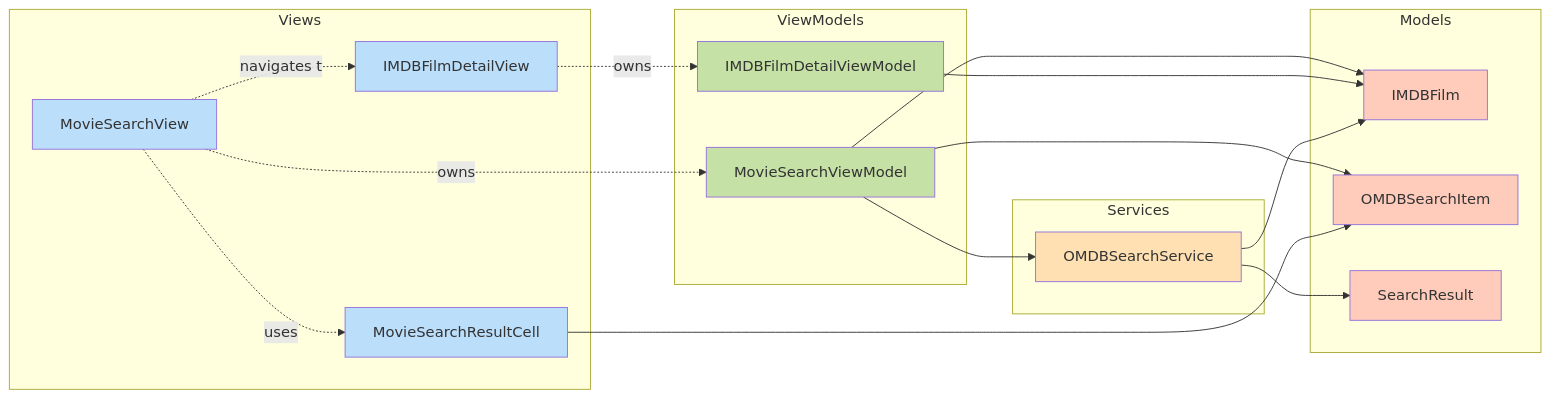
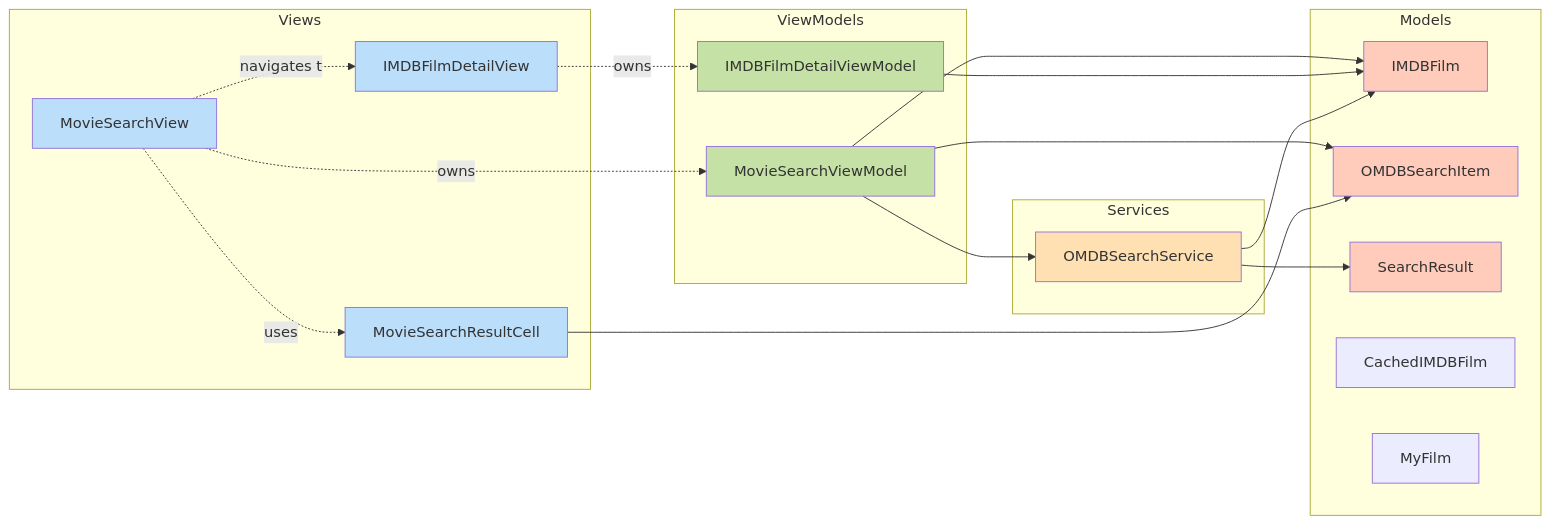
The third of 11 diagrams in docs/ARCHITECTURE.md (tillg/filmz2), drawn with Mermaid before and after one commit. The commit also changed other lines of this file and 6 other files, not shown here.

````diff
--- a/docs/ARCHITECTURE.md
+++ b/docs/ARCHITECTURE.md
@@ -86,48 +109,50 @@
 ```mermaid
 graph LR
     subgraph "Views"
         MSV[MovieSearchView]
         IFDV[IMDBFilmDetailView]
         MSRC[MovieSearchResultCell]
     end
 
     subgraph "ViewModels"
         MSVM[MovieSearchViewModel]
         IFDVM[IMDBFilmDetailViewModel]
     end
 
     subgraph "Models"
         IF[IMDBFilm]
         OSI[OMDBSearchItem]
         SR[SearchResult]
+        CIF[CachedIMDBFilm]
+        MF[MyFilm]
     end
 
     subgraph "Services"
         OMDB[OMDBSearchService]
     end
 
     MSV -.owns.-> MSVM
     MSV -.uses.-> MSRC
     MSV -.navigates to.-> IFDV
     IFDV -.owns.-> IFDVM
 
     MSVM --> OMDB
     MSVM --> OSI
     MSVM --> IF
 
     IFDVM --> IF
     MSRC --> OSI
 
     OMDB --> SR
     OMDB --> IF
 
     style MSV fill:#bbdefb
     style IFDV fill:#bbdefb
     style MSRC fill:#bbdefb
     style MSVM fill:#c5e1a5
     style IFDVM fill:#c5e1a5
     style IF fill:#ffccbc
     style OSI fill:#ffccbc
     style SR fill:#ffccbc
     style OMDB fill:#ffe0b2
 ```
````
